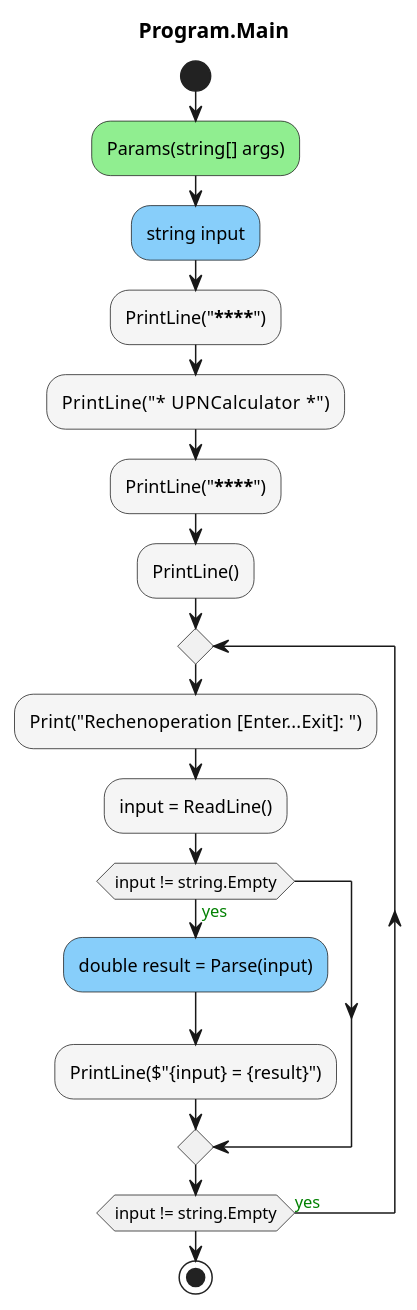
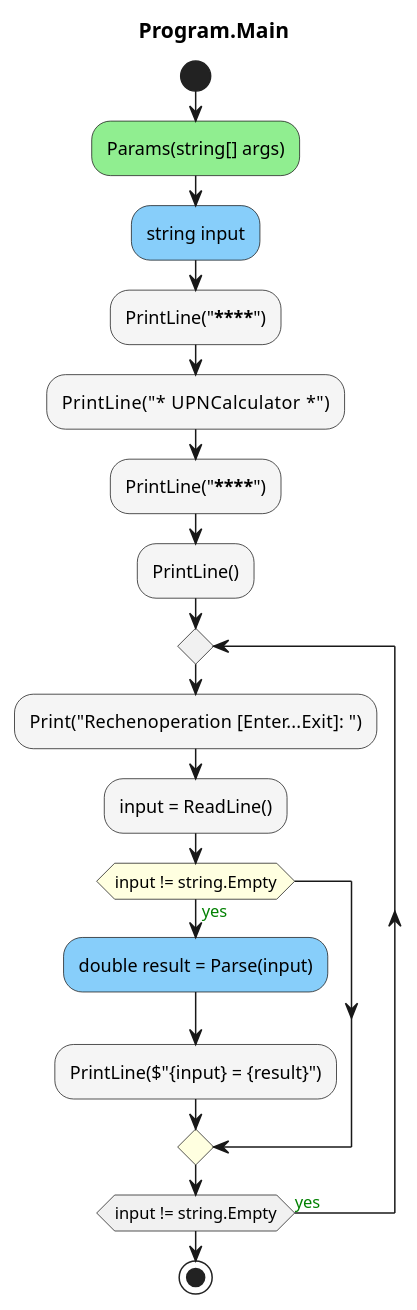
One commit to leoggehrer/2324-34_ABIF_ACIF_POSE changed the diagram in UPNCalculator.ConApp/diagrams/ac_Program_Main.puml. Above: the diagram before and after it, drawn with PlantUML. The commit also changed 119 other files, not shown here.

```diff
--- a/UPNCalculator.ConApp/diagrams/ac_Program_Main.puml
+++ b/UPNCalculator.ConApp/diagrams/ac_Program_Main.puml
@@ -1,19 +1,19 @@
 @startuml Program.Main
 title Program.Main
 start
 #LightGreen:Params(string[] args);
 #LightSkyBlue:string input;
 #WhiteSmoke:PrintLine("********************");
 #WhiteSmoke:PrintLine("* UPNCalculator    *");
 #WhiteSmoke:PrintLine("********************");
 #WhiteSmoke:PrintLine();
 repeat
         #WhiteSmoke:Print("Rechenoperation [Enter...Exit]:  ");
         #WhiteSmoke:input = ReadLine();
-        if (input != string.Empty) then (<color:green>yes)
+        #LightYellow:if (input != string.Empty) then (<color:green>yes)
                 #LightSkyBlue:double result = Parse(input);
                 #WhiteSmoke:PrintLine($"{input} = {result}");
         endif
 repeat while (input != string.Empty) is (<color:green>yes)
 stop
 @enduml
```
